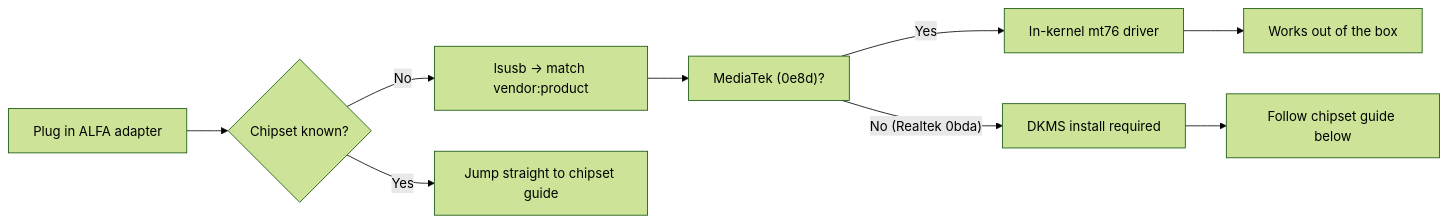
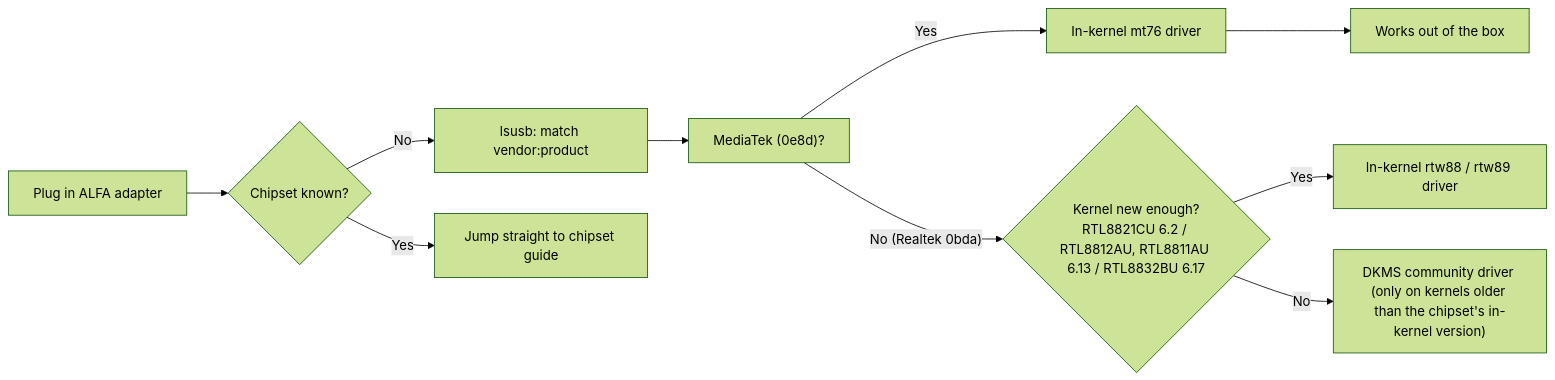
Before and after one commit to yopitek/yupitek-wiki: the diagram in docs/01-alfa-network/drivers/index.md, drawn with Mermaid (forest theme). The commit also changed other lines of this file and 108 other files, not shown here.

````diff
--- a/docs/01-alfa-network/drivers/index.md
+++ b/docs/01-alfa-network/drivers/index.md
@@ -14,11 +14,12 @@
 ```mermaid
 flowchart LR
     A["Plug in ALFA adapter"] --> B{"Chipset known?"}
-    B -- "No" --> C["lsusb → match vendor:product"]
+    B -- "No" --> C["lsusb: match vendor:product"]
     C --> D["MediaTek (0e8d)?"]
     D -- "Yes" --> E["In-kernel mt76 driver"]
     E --> F["Works out of the box"]
-    D -- "No (Realtek 0bda)" --> G["DKMS install required"]
-    G --> H["Follow chipset guide below"]
-    B -- "Yes" --> I["Jump straight to chipset guide"]
+    D -- "No (Realtek 0bda)" --> G{"Kernel new enough?<br/>RTL8821CU 6.2 / RTL8812AU, RTL8811AU 6.13 / RTL8832BU 6.17"}
+    G -- "Yes" --> H["In-kernel rtw88 / rtw89 driver"]
+    G -- "No" --> I["DKMS community driver (only on kernels older than the chipset's in-kernel version)"]
+    B -- "Yes" --> J["Jump straight to chipset guide"]
 ```
````
